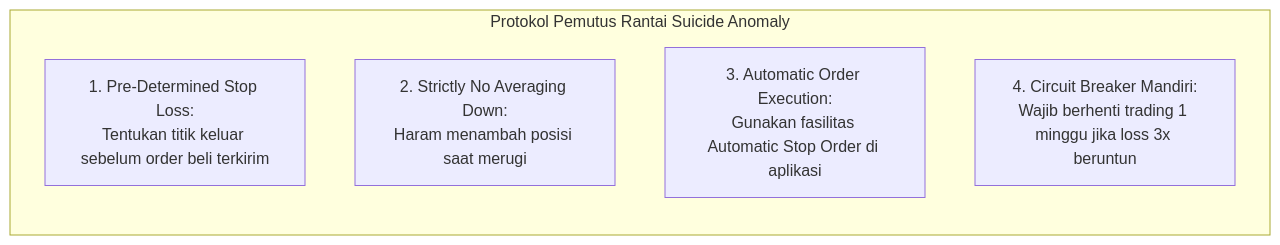
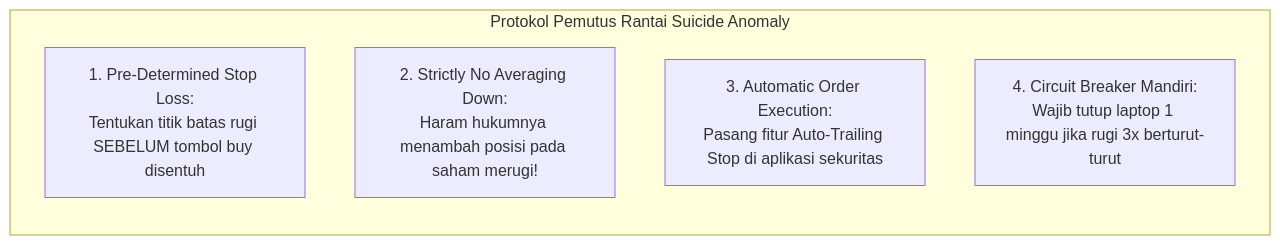
Before and after one commit to AlulCode45/Trading-Learning-Path: the third of 3 diagrams in docs/edianto-ong/28-suicide-anomaly.md, drawn with Mermaid. The commit also changed other lines of this file and 29 other files, not shown here.

Commit message:
docs(edianto-ong): upgrade all 29 chapters with beginner analogies, diagrams, step-by-step guides, and case studies

````diff
--- a/docs/edianto-ong/28-suicide-anomaly.md
+++ b/docs/edianto-ong/28-suicide-anomaly.md
@@ -111,10 +163,10 @@
 ```mermaid
 flowchart LR
     subgraph AntiSuicideProtocol["Protokol Pemutus Rantai Suicide Anomaly"]
         direction TB
-        R1["1. Pre-Determined Stop Loss:<br/>Tentukan titik keluar sebelum order beli terkirim"]
-        R2["2. Strictly No Averaging Down:<br/>Haram menambah posisi saat merugi"]
-        R3["3. Automatic Order Execution:<br/>Gunakan fasilitas Automatic Stop Order di aplikasi"]
-        R4["4. Circuit Breaker Mandiri:<br/>Wajib berhenti trading 1 minggu jika loss 3x beruntun"]
+        R1["1. Pre-Determined Stop Loss:<br/>Tentukan titik batas rugi SEBELUM tombol buy disentuh"]
+        R2["2. Strictly No Averaging Down:<br/>Haram hukumnya menambah posisi pada saham merugi!"]
+        R3["3. Automatic Order Execution:<br/>Pasang fitur Auto-Trailing Stop di aplikasi sekuritas"]
+        R4["4. Circuit Breaker Mandiri:<br/>Wajib tutup laptop 1 minggu jika rugi 3x berturut-turut"]
     end
 ```
````
